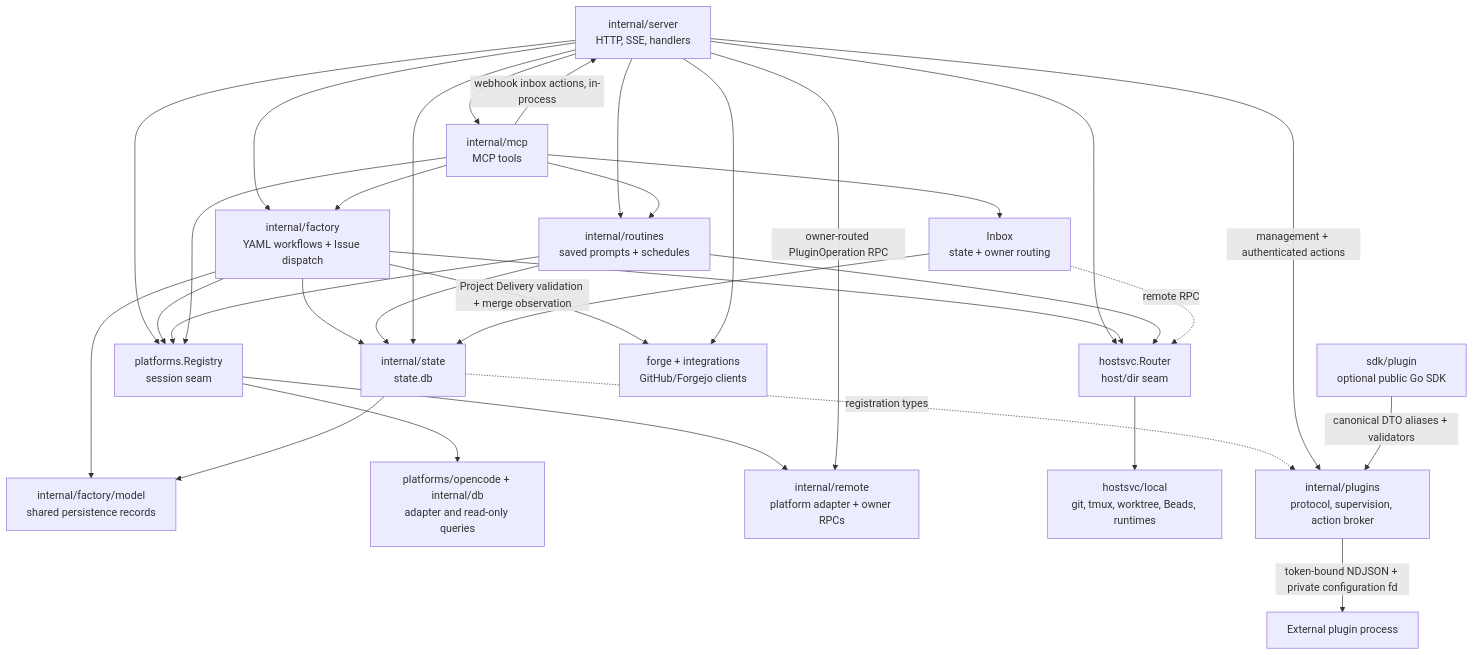
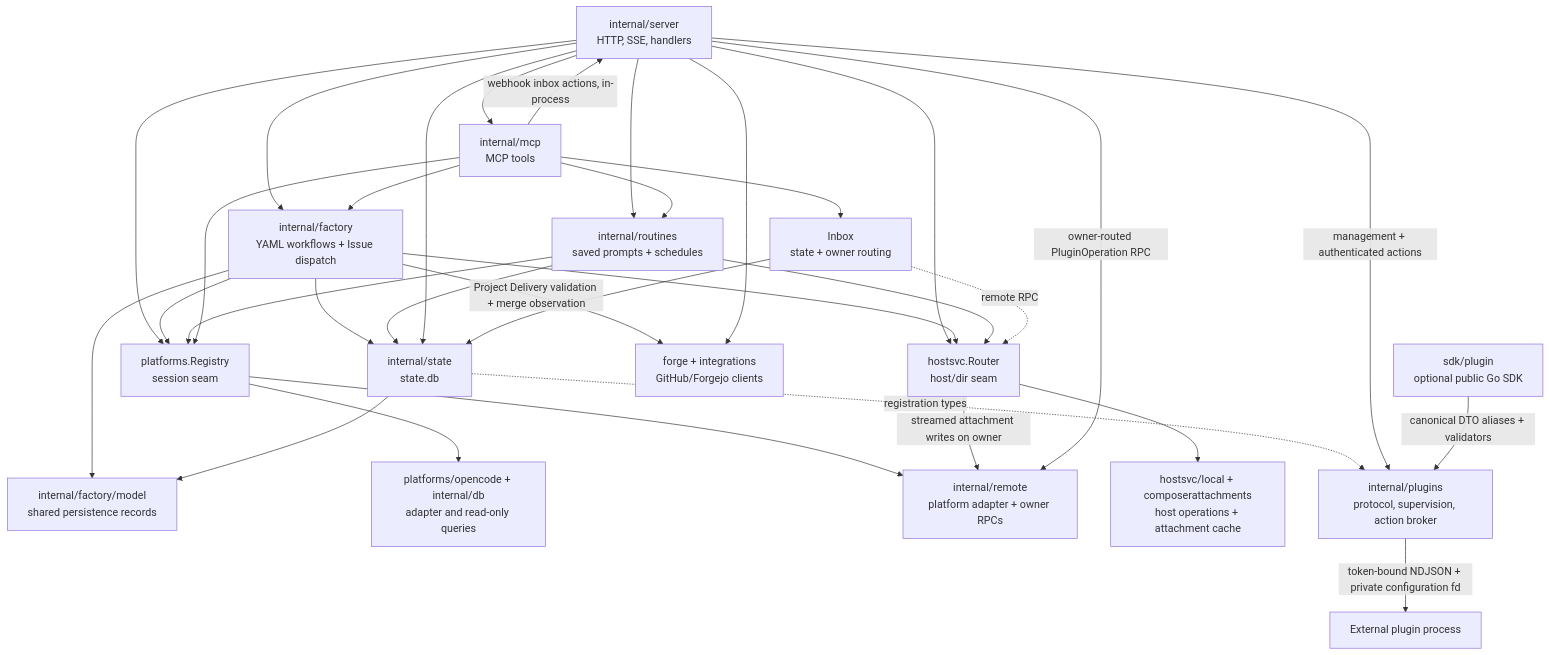
One commit to ocman/ocman changed the third of 5 diagrams in docs/other/architecture.md. Above: the diagram before and after it, drawn with Mermaid. The commit also changed other lines of this file and 29 other files, not shown here.

````diff
--- a/docs/other/architecture.md
+++ b/docs/other/architecture.md
@@ -137,34 +137,35 @@
 ```mermaid
 flowchart TD
     Server[internal/server<br/>HTTP, SSE, handlers] --> Registry[platforms.Registry<br/>session seam]
     Server --> Router[hostsvc.Router<br/>host/dir seam]
     Server --> Routines[internal/routines<br/>saved prompts + schedules]
     Server --> Factory[internal/factory<br/>YAML workflows + Issue dispatch]
     Factory --> FactoryModel[internal/factory/model<br/>shared persistence records]
     Factory --> State
     State --> FactoryModel
     Factory --> Registry
     Factory --> Router
     Factory -->|Project Delivery validation + merge observation| Forge
     Routines --> Registry
     Routines --> Router
     Routines --> State
     Server --> MCP[internal/mcp<br/>MCP tools]
     MCP --> Factory
     MCP --> Inbox[Inbox<br/>state + owner routing]
     MCP --> Routines
     MCP -->|webhook inbox actions, in-process| Server
     MCP --> Registry
     Registry --> OC[platforms/opencode + internal/db<br/>adapter and read-only queries]
     Registry --> RP[internal/remote<br/>platform adapter + owner RPCs]
-    Router --> Local[hostsvc/local<br/>git, tmux, worktree, Beads, runtimes]
+    Router --> Local[hostsvc/local + composerattachments<br/>host operations + attachment cache]
+    Router -->|streamed attachment writes on owner| RP
     Server --> State[internal/state<br/>state.db]
     Inbox --> State
     Inbox -.->|remote RPC| Router
     Server --> Forge[forge + integrations<br/>GitHub/Forgejo clients]
     State -.->|registration types| Plugins[internal/plugins<br/>protocol, supervision, action broker]
     Server -->|management + authenticated actions| Plugins
     Plugins -->|token-bound NDJSON + private configuration fd| PluginExec[External plugin process]
     Server -->|owner-routed PluginOperation RPC| RP
     PluginSDK[sdk/plugin<br/>optional public Go SDK] -->|canonical DTO aliases + validators| Plugins
 ```
````
